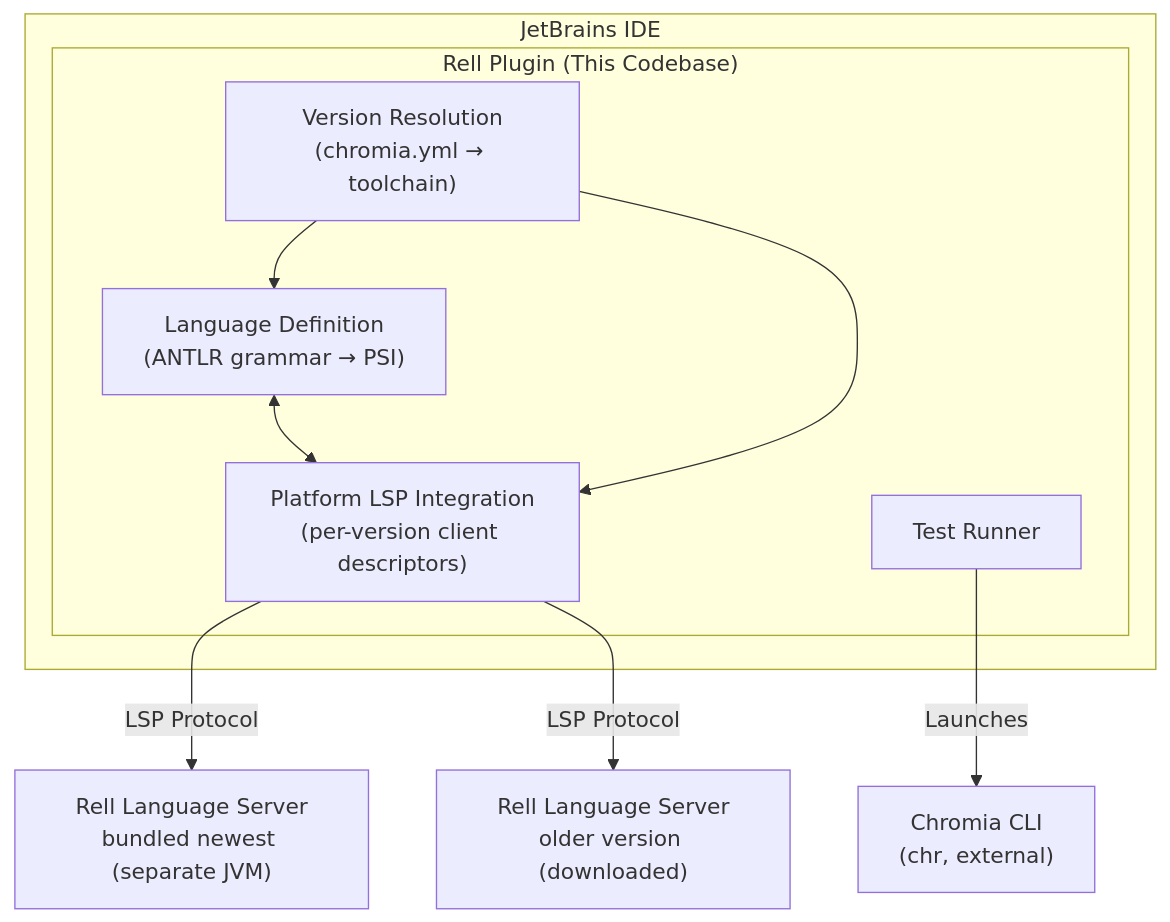
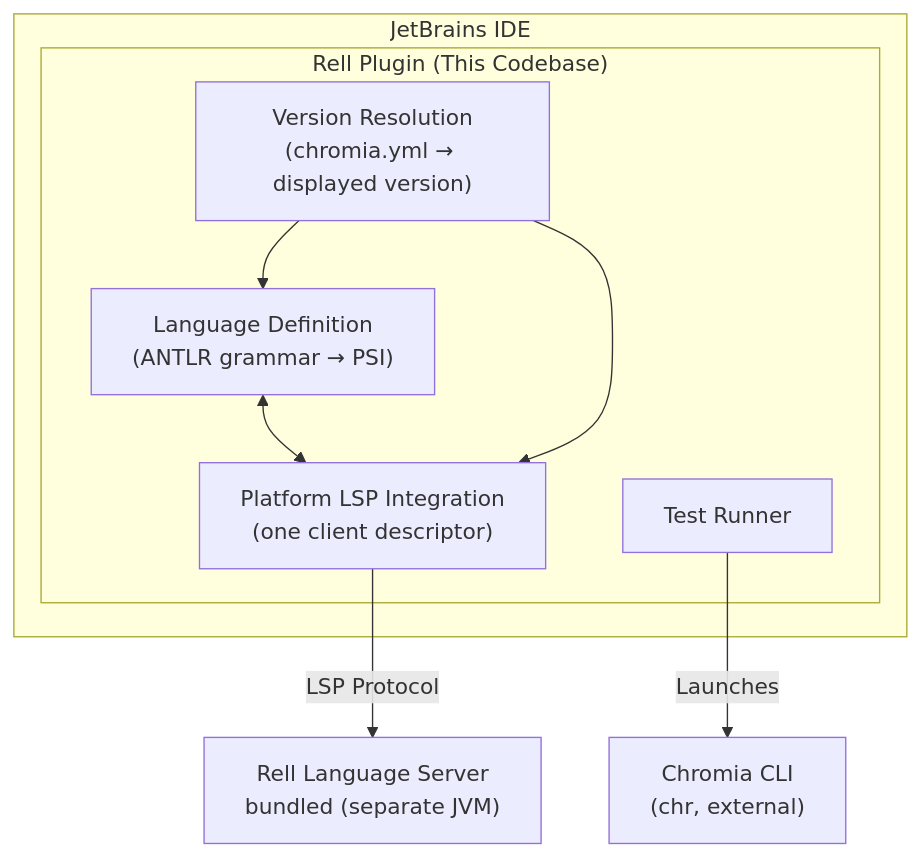
The first of 2 diagrams in docs/02-architecture.md (ChromiaProject/rell-jetbrains), drawn with Mermaid before and after one commit. The commit also changed other lines of this file and 57 other files, not shown here.

First line of the commit message:
Serve all project versions from the one bundled language server

````diff
--- a/docs/02-architecture.md
+++ b/docs/02-architecture.md
@@ -72,20 +72,18 @@
 ```mermaid
 flowchart TB
     subgraph IDE["JetBrains IDE"]
         subgraph Plugin["Rell Plugin (This Codebase)"]
             Lang["Language Definition<br/>(ANTLR grammar → PSI)"]
-            Route["Version Resolution<br/>(chromia.yml → toolchain)"]
-            LSP["Platform LSP Integration<br/>(per-version client descriptors)"]
+            Route["Version Resolution<br/>(chromia.yml → displayed version)"]
+            LSP["Platform LSP Integration<br/>(one client descriptor)"]
             Test["Test Runner"]
             Lang <--> LSP
             Route --> Lang
             Route --> LSP
         end
     end
-    Bundled["Rell Language Server<br/>bundled newest (separate JVM)"]
-    Downloaded["Rell Language Server<br/>older version (downloaded)"]
+    Bundled["Rell Language Server<br/>bundled (separate JVM)"]
     CLI["Chromia CLI<br/>(chr, external)"]
     LSP -->|LSP Protocol| Bundled
-    LSP -->|LSP Protocol| Downloaded
     Test -->|Launches| CLI
 ```
````
